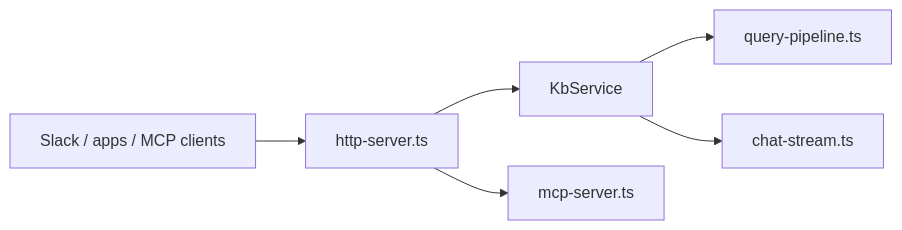
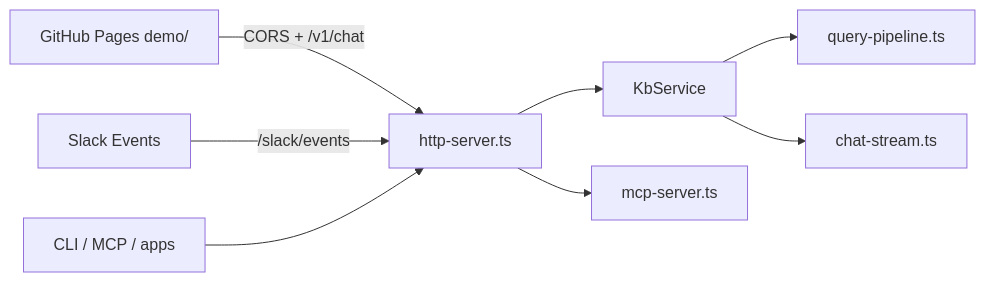
Before and after one commit to rosenjcb/kb: the diagram in packages/kb-server/src/SERVER.md, drawn with Mermaid. The commit also changed other lines of this file and 61 other files, not shown here.

First line of the commit message:
Add CORS support and hosted chat demo page (#175)

````diff
--- a/packages/kb-server/src/SERVER.md
+++ b/packages/kb-server/src/SERVER.md
@@ -24,15 +24,19 @@
 ```mermaid
 flowchart LR
-  Client["Slack / apps / MCP clients"]
+  Pages["GitHub Pages demo/"]
+  Slack["Slack Events"]
+  Apps["CLI / MCP / apps"]
   HTTP["http-server.ts"]
   Svc["KbService"]
   Pipe["query-pipeline.ts"]
   Chat["chat-stream.ts"]
   MCP["mcp-server.ts"]
 
-  Client --> HTTP
+  Pages -->|CORS + /v1/chat| HTTP
+  Slack -->|/slack/events| HTTP
+  Apps --> HTTP
   HTTP --> Svc
   Svc --> Pipe
   Svc --> Chat
   HTTP --> MCP
 ```
````
